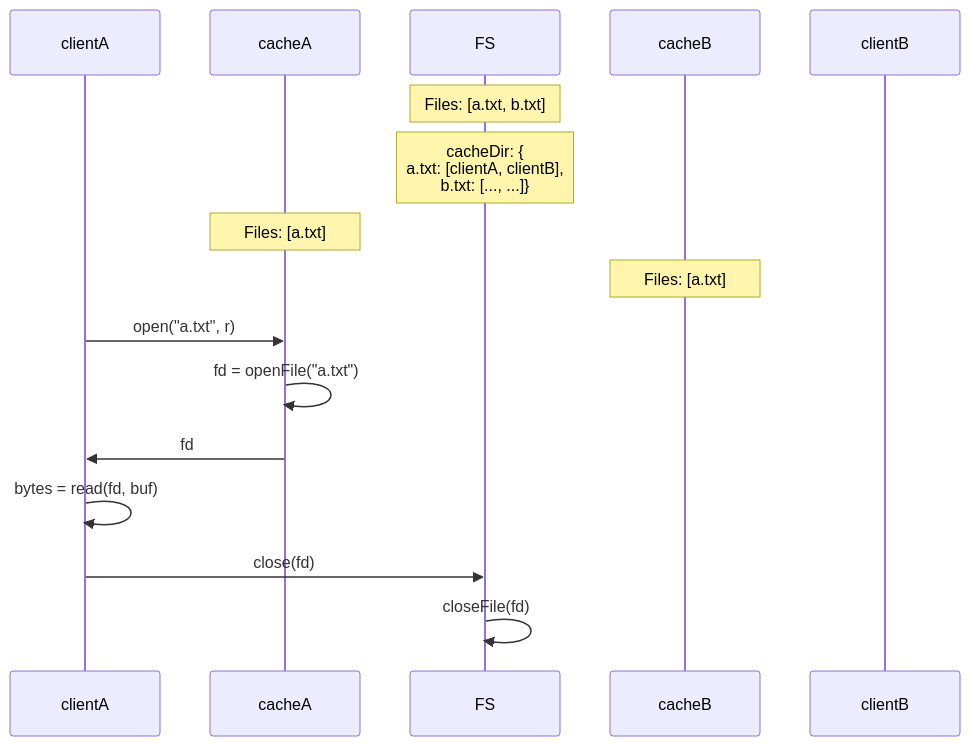
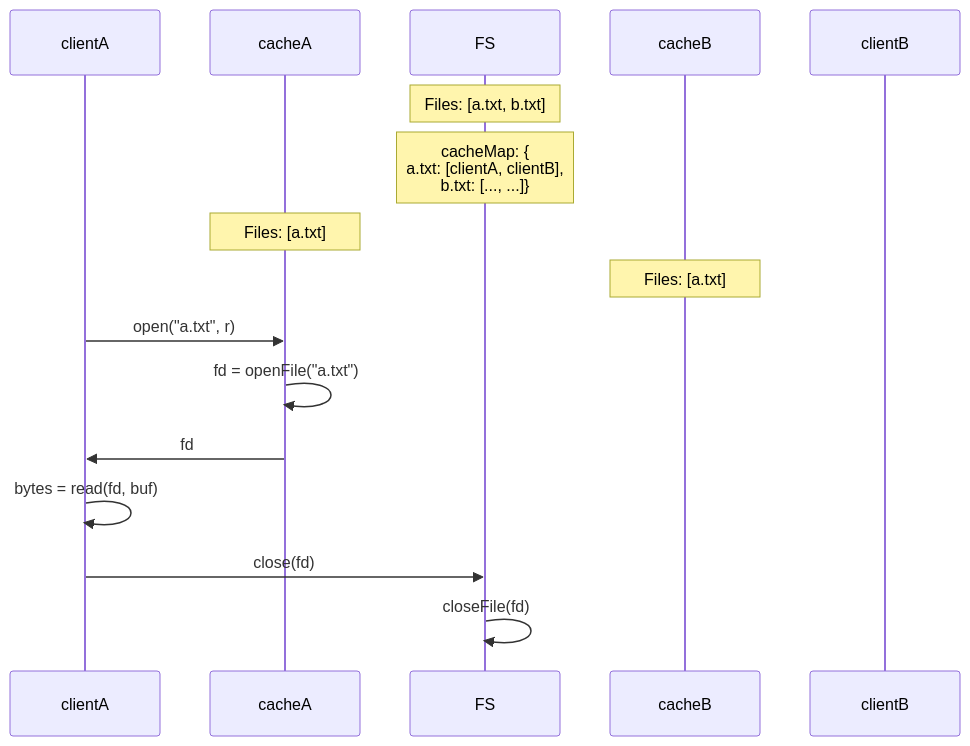
Before and after one commit to bishopfunc/os-b-dfs: the second of 4 diagrams in README.md, drawn with Mermaid. The commit also changed other lines of this file and 1 other file, not shown here.

Commit message:
sendInvalid -> notifyInvalid Dir -> Map

````diff
--- a/README.md
+++ b/README.md
@@ -54,20 +54,20 @@
 ```mermaid
 sequenceDiagram
     participant clientA as clientA
     participant cacheA as cacheA
     participant FS as FS
     participant cacheB as cacheB
     participant clientB as clientB
     Note over FS: Files: [a.txt, b.txt]
-    Note over FS: cacheDir: {<br>a.txt: [clientA, clientB], <br>b.txt: [..., ...]} 
+    Note over FS: cacheMap: {<br>a.txt: [clientA, clientB], <br>b.txt: [..., ...]} 
 
     Note over cacheA: Files: [a.txt]    
     Note over cacheB: Files: [a.txt]    
 
     clientA->>cacheA: open("a.txt", r)
     cacheA->>cacheA: fd = openFile("a.txt")
     cacheA->>clientA: fd
     clientA->>clientA: bytes = read(fd, buf)
     clientA->>FS: close(fd)
     FS->>FS: closeFile(fd)
 ```
````
